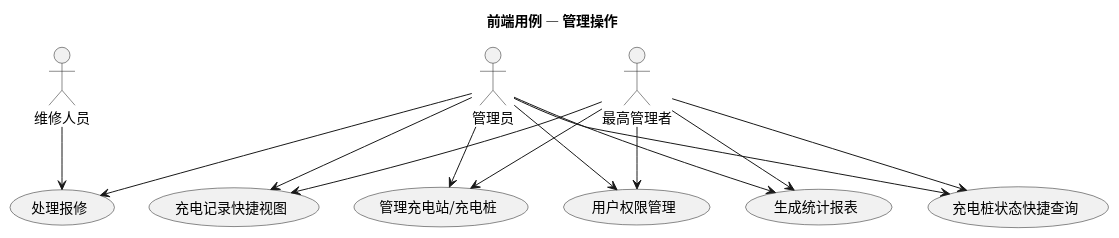
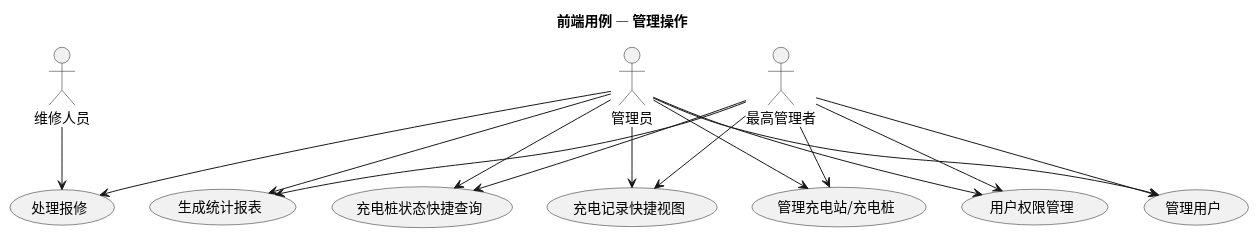
One commit to greenhandzdl/charging-station-doc changed the diagram in usecase/docs/frontend/src/frontend_admin_usecases.puml. Above: the diagram before and after it, drawn with PlantUML. The commit also changed 24 other files, not shown here.

```diff
--- a/usecase/docs/frontend/src/frontend_admin_usecases.puml
+++ b/usecase/docs/frontend/src/frontend_admin_usecases.puml
@@ -1,30 +1,33 @@
 @startuml
 skinparam defaultFontName "Noto Sans CJK SC"
 skinparam defaultFontSize 14
 title 前端用例 — 管理操作
 skinparam useCaseShape rectangle
 
 actor "管理员" as A
 actor "维修人员" as M
 actor "最高管理者" as SA
 
 usecase "处理报修" as HR
 usecase "管理充电站/充电桩" as MM
 usecase "用户权限管理" as PM
+usecase "管理用户" as MU
 usecase "生成统计报表" as GS
 usecase "充电桩状态快捷查询" as QC
 usecase "充电记录快捷视图" as QV
 
 A --> HR
 A --> MM
 A --> PM
+A --> MU
 A --> GS
 A --> QC
 A --> QV
 M --> HR
 SA --> MM
 SA --> PM
+SA --> MU
 SA --> GS
 SA --> QC
 SA --> QV
 @enduml
```
